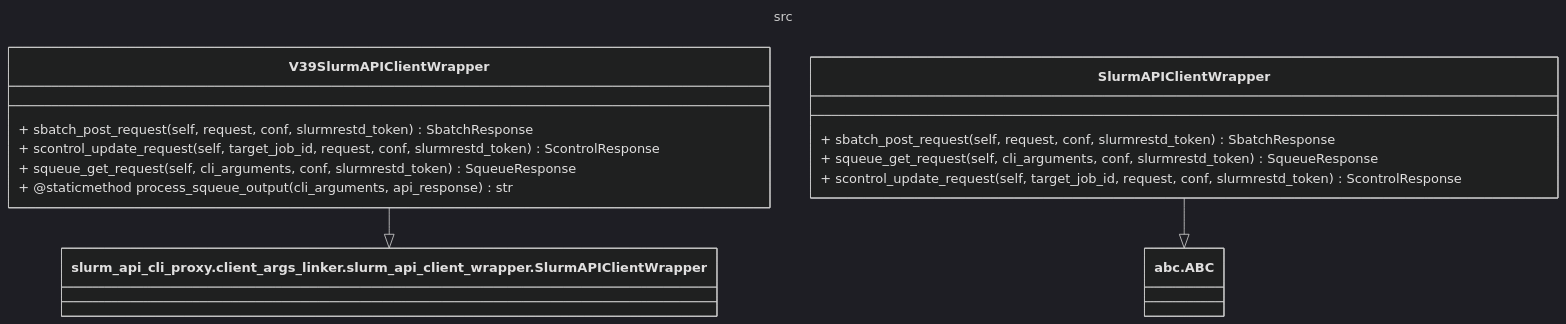
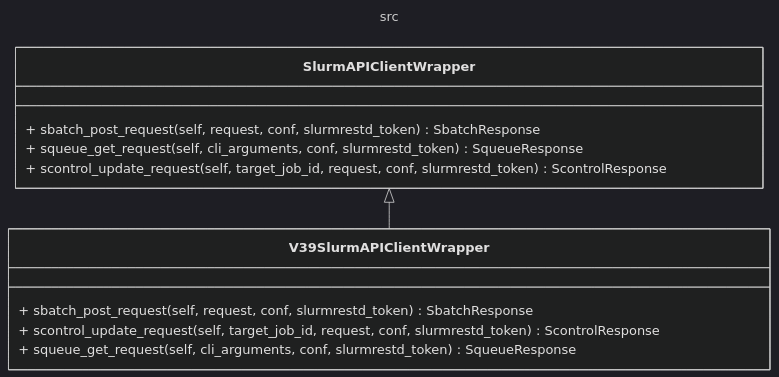
One commit to SLURM-CLI-API-Proxy/SLURM-CLI-API-Proxy-client changed the second of 4 diagrams in docs/design.md. Above: the diagram before and after it, drawn with Mermaid (dark theme). The commit also changed other lines of this file and 1 other file, not shown here.

````diff
--- a/docs/design.md
+++ b/docs/design.md
@@ -115,25 +139,23 @@
 ```mermaid
 ---
 title: src
 ---
 classDiagram
 
     class V39SlurmAPIClientWrapper {
         + sbatch_post_request(self, request, conf, slurmrestd_token) SbatchResponse
         + scontrol_update_request(self, target_job_id, request, conf, slurmrestd_token) ScontrolResponse
         + squeue_get_request(self, cli_arguments, conf, slurmrestd_token) SqueueResponse
-        + @staticmethod process_squeue_output(cli_arguments, api_response) str
     }
 
     class SlurmAPIClientWrapper {
         + sbatch_post_request(self, request, conf, slurmrestd_token) SbatchResponse
         + squeue_get_request(self, cli_arguments, conf, slurmrestd_token) SqueueResponse
         + scontrol_update_request(self, target_job_id, request, conf, slurmrestd_token) ScontrolResponse
     }
 
 
-    V39SlurmAPIClientWrapper --|> `slurm_api_cli_proxy.client_args_linker.slurm_api_client_wrapper.SlurmAPIClientWrapper`
+    `SlurmAPIClientWrapper`   <|-- V39SlurmAPIClientWrapper
 
-    SlurmAPIClientWrapper --|> `abc.ABC`
 
 ```
````
